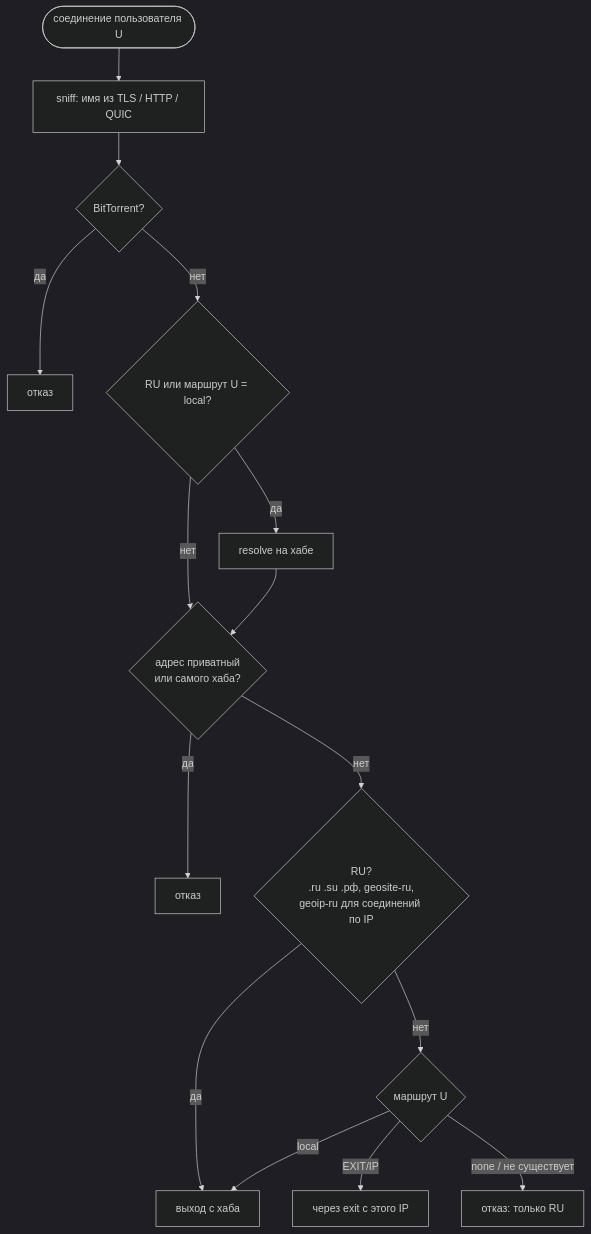
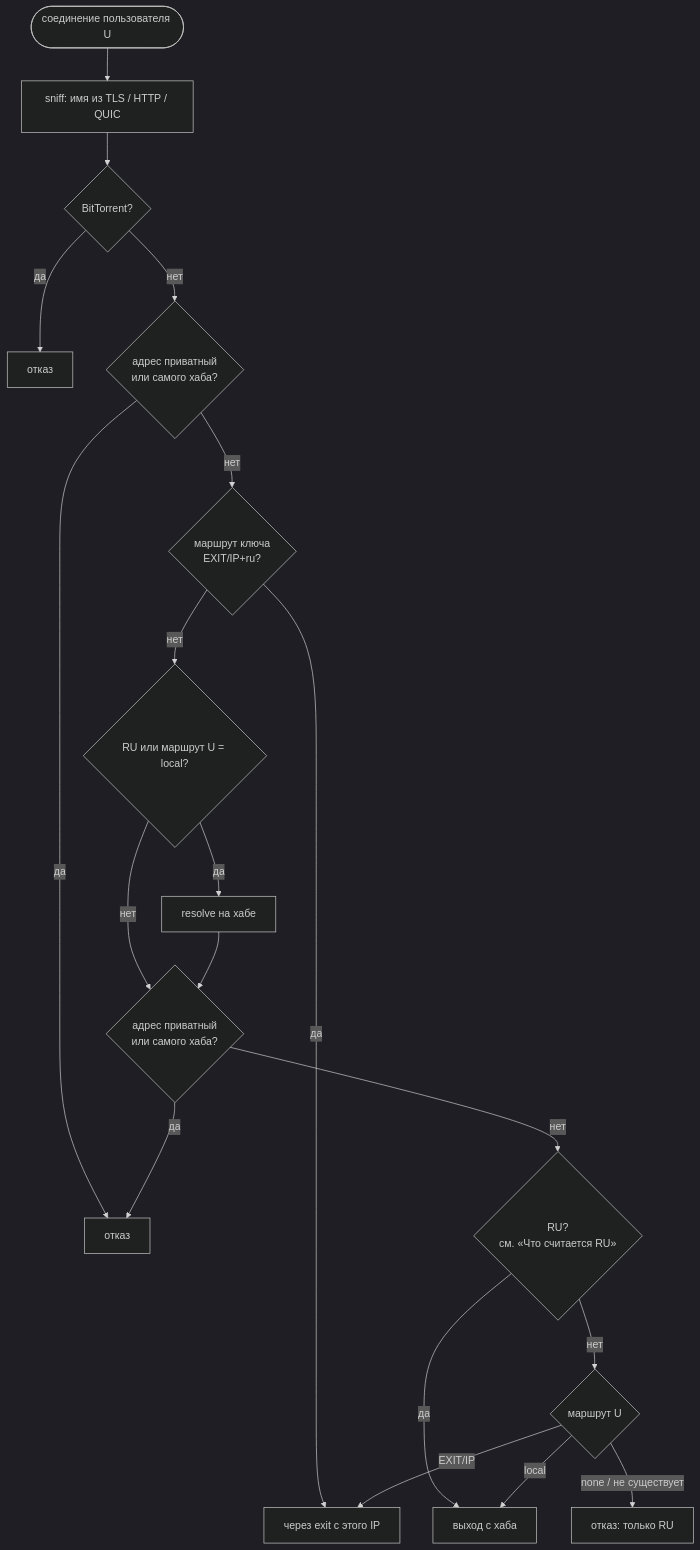
The third of 7 diagrams in ARCHITECTURE.md (Dx-by-Dy/custom-vpn), drawn with Mermaid (dark theme) before and after one commit. The commit also changed other lines of this file and 5 other files, not shown here.

````diff
--- a/ARCHITECTURE.md
+++ b/ARCHITECTURE.md
@@ -107,17 +107,21 @@
 ```mermaid
 flowchart TD
   start(["соединение пользователя U"]) --> sniff["sniff: имя из TLS / HTTP / QUIC"]
   sniff --> bt{"BitTorrent?"}
   bt -- да --> rej1["отказ"]
-  bt -- нет --> res{"RU или маршрут U = local?"}
+  bt -- нет --> own{"адрес приватный<br/>или самого хаба?"}
+  own -- да --> rej2
+  own -- нет --> whole{"маршрут ключа<br/>EXIT/IP+ru?"}
+  whole -- да --> exit
+  whole -- нет --> res{"RU или маршрут U = local?"}
   res -- да --> resolve["resolve на хабе"]
   res -- нет --> priv
   resolve --> priv{"адрес приватный<br/>или самого хаба?"}
   priv -- да --> rej2["отказ"]
-  priv -- нет --> ru{"RU?<br/>.ru .su .рф, geosite-ru,<br/>geoip-ru для соединений по IP"}
+  priv -- нет --> ru{"RU?<br/>см. «Что считается RU»"}
   ru -- да --> local["выход с хаба"]
   ru -- нет --> route{"маршрут U"}
   route -- local --> local
   route -- "EXIT/IP" --> exit["через exit с этого IP"]
   route -- "none / не существует" --> rej3["отказ: только RU"]
 ```
````
